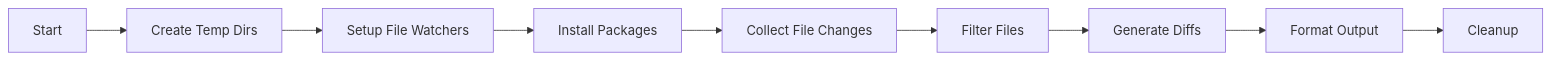
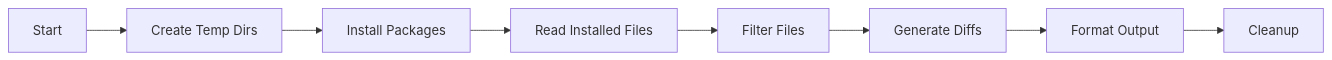
Before and after one commit to genesiscz/GenesisTools: the diagram in src/npm-package-diff/README.md, drawn with Mermaid. The commit also changed other lines of this file and 7 other files, not shown here.

Commit message:
fix(npm-package-diff,chrome-devtools): installed files are read after the install, notices respect --silent, and status hides leftover capture dirs

````diff
--- a/src/npm-package-diff/README.md
+++ b/src/npm-package-diff/README.md
@@ -161,11 +161,10 @@
 ```mermaid
 graph LR
     A[Start] --> B[Create Temp Dirs]
-    B --> C[Setup File Watchers]
-    C --> D[Install Packages]
-    D --> E[Collect File Changes]
+    B --> D[Install Packages]
+    D --> E[Read Installed Files]
     E --> F[Filter Files]
     F --> G[Generate Diffs]
     G --> H[Format Output]
     H --> I[Cleanup]
 ```
````
